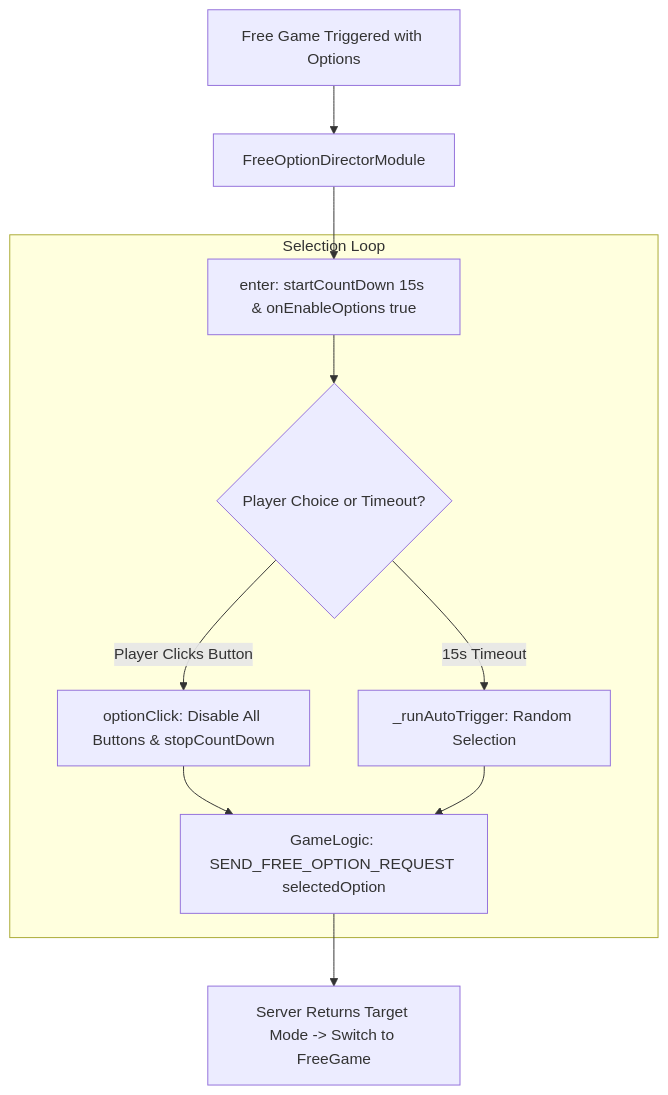
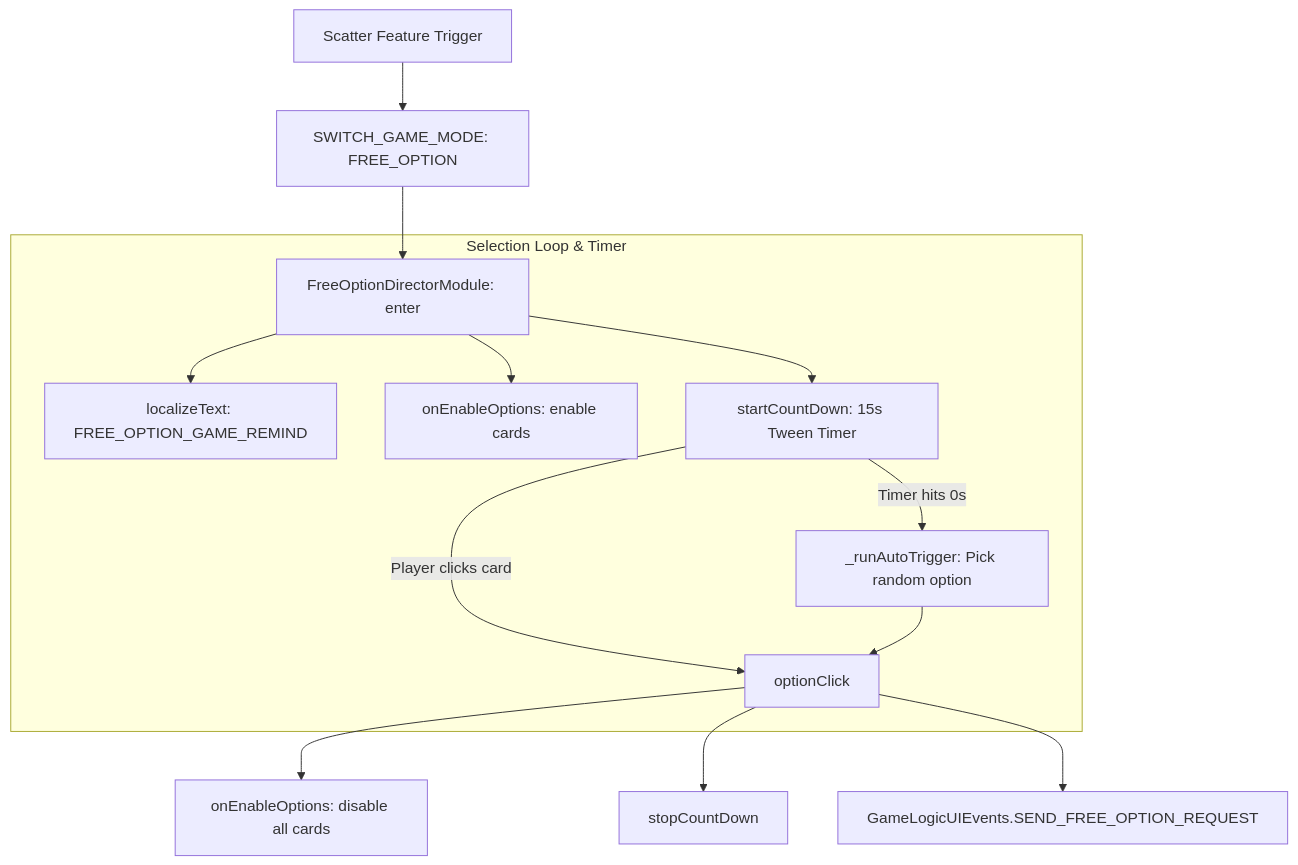
One commit to lam-ark/mcp-fwcc changed the diagram in docs/cc_slot_module/modules/FreeOptionDirectorModule/01_overview/01_architecture_and_role.md. Above: the diagram before and after it, drawn with Mermaid. The commit also changed other lines of this file and 36 other files, not shown here.

Commit message:
docs: complete comprehensive specifications for FreeOptionDirectorModule across all 9 convention folders

````diff
--- a/docs/cc_slot_module/modules/FreeOptionDirectorModule/01_overview/01_architecture_and_role.md
+++ b/docs/cc_slot_module/modules/FreeOptionDirectorModule/01_overview/01_architecture_and_role.md
@@ -16,15 +20,19 @@
 ```mermaid
 graph TD
-    Trigger[Free Game Triggered with Options] --> Director[FreeOptionDirectorModule]
-    Director --> Enter[enter: startCountDown 15s & onEnableOptions true]
+    Trigger[Scatter Feature Trigger] --> Switch[SWITCH_GAME_MODE: FREE_OPTION]
+    Switch --> Director[FreeOptionDirectorModule: enter]
     
-    subgraph Selection Loop
-        Enter --> Choice{Player Choice or Timeout?}
-        Choice -->|Player Clicks Button| Manual[optionClick: Disable All Buttons & stopCountDown]
-        Choice -->|15s Timeout| Auto[_runAutoTrigger: Random Selection]
-        Manual --> Req[GameLogic: SEND_FREE_OPTION_REQUEST selectedOption]
-        Auto --> Req
+    subgraph Selection Loop & Timer
+        Director --> Localize[localizeText: FREE_OPTION_GAME_REMIND]
+        Director --> EnableBtns[onEnableOptions: enable cards]
+        Director --> StartTimer[startCountDown: 15s Tween Timer]
+        
+        StartTimer -->|Player clicks card| PlayerClick[optionClick]
+        StartTimer -->|Timer hits 0s| AutoPick[_runAutoTrigger: Pick random option]
+        AutoPick --> PlayerClick
     end
 
-    Req --> Switch[Server Returns Target Mode -> Switch to FreeGame]
+    PlayerClick --> DisableBtns[onEnableOptions: disable all cards]
+    PlayerClick --> StopTimer[stopCountDown]
+    PlayerClick --> NetworkReq[GameLogicUIEvents.SEND_FREE_OPTION_REQUEST]
 ```
````
